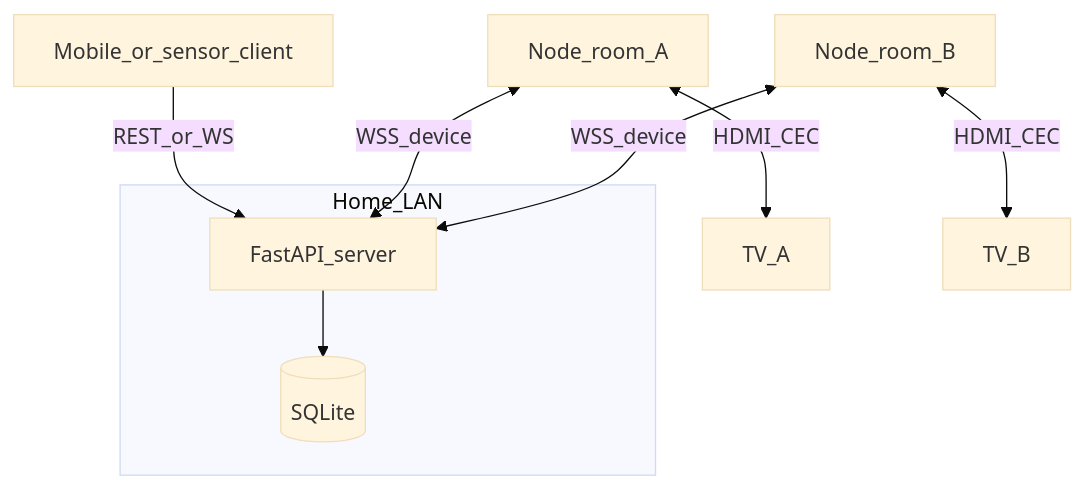
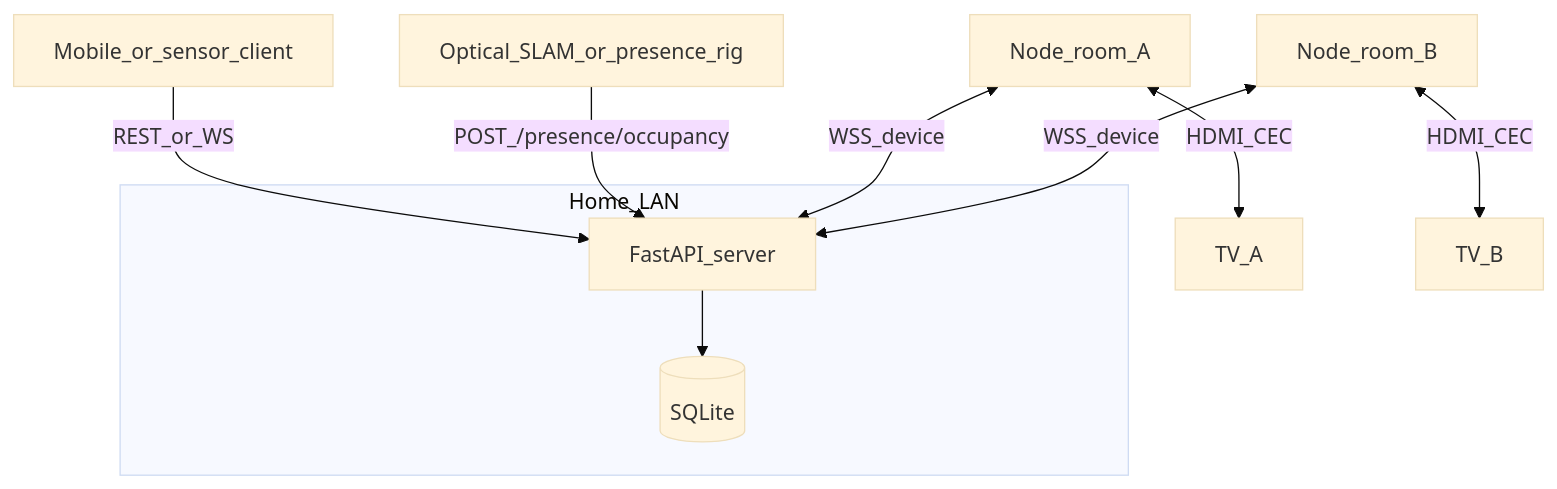
The diagram in docs/ARCHITECTURE.md (jrb00013/tv-stretch), drawn with Mermaid (base theme) before and after one commit. The commit also changed other lines of this file and 18 other files, not shown here.

First line of the commit message:
feat(server): spatial maps, occupancy handoff, optical hardware docs

````diff
--- a/docs/ARCHITECTURE.md
+++ b/docs/ARCHITECTURE.md
@@ -19,18 +19,20 @@
 ```mermaid
 flowchart TB
   subgraph cloud [Home_LAN]
     API[FastAPI_server]
     DB[(SQLite)]
     API --> DB
   end
   Phone[Mobile_or_sensor_client]
+  Slam[Optical_SLAM_or_presence_rig]
   N1[Node_room_A]
   N2[Node_room_B]
   TV1[TV_A]
   TV2[TV_B]
   Phone -->|REST_or_WS| API
+  Slam -->|POST_/presence/occupancy| API
   N1 <-->|WSS_device| API
   N2 <-->|WSS_device| API
   N1 <-->|HDMI_CEC| TV1
   N2 <-->|HDMI_CEC| TV2
 ```
````
